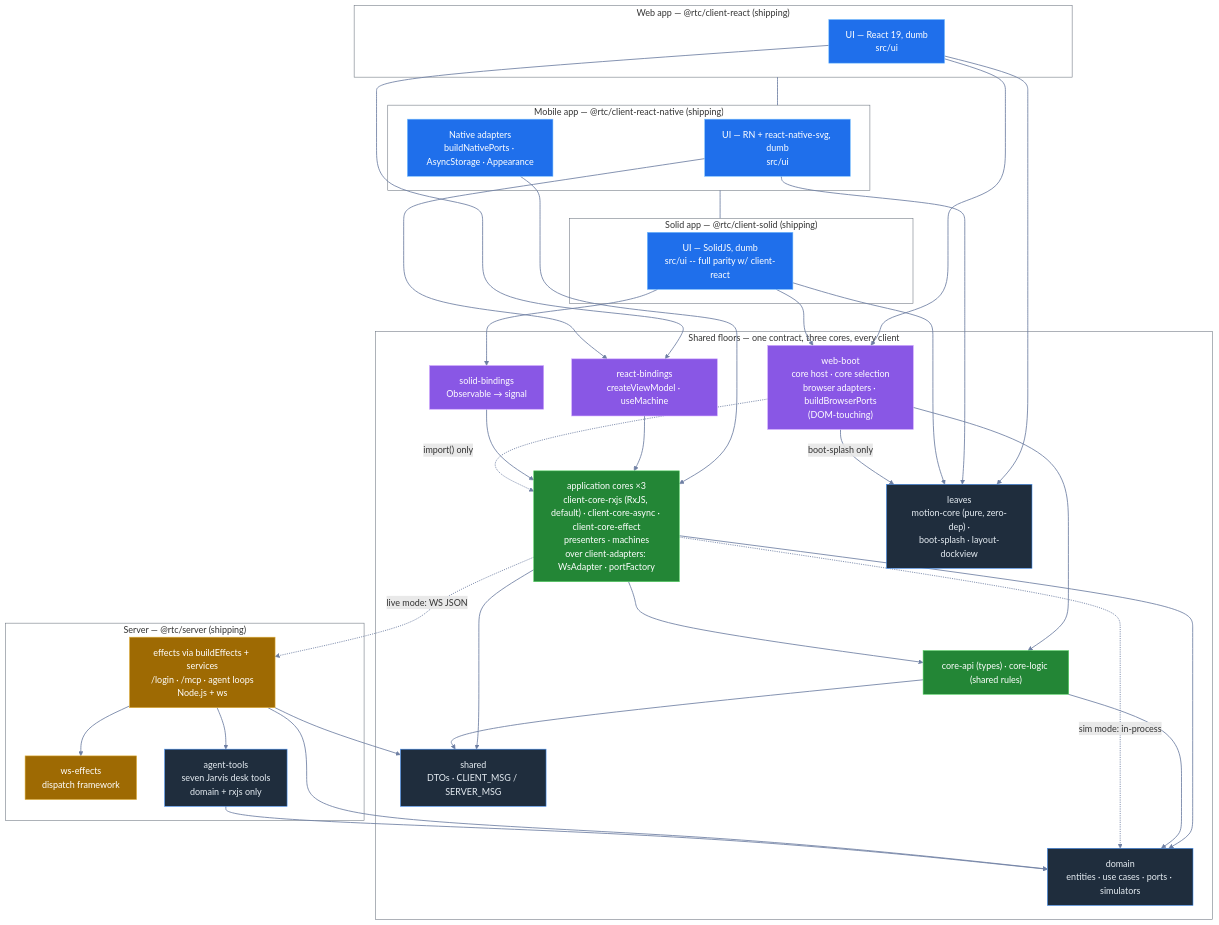
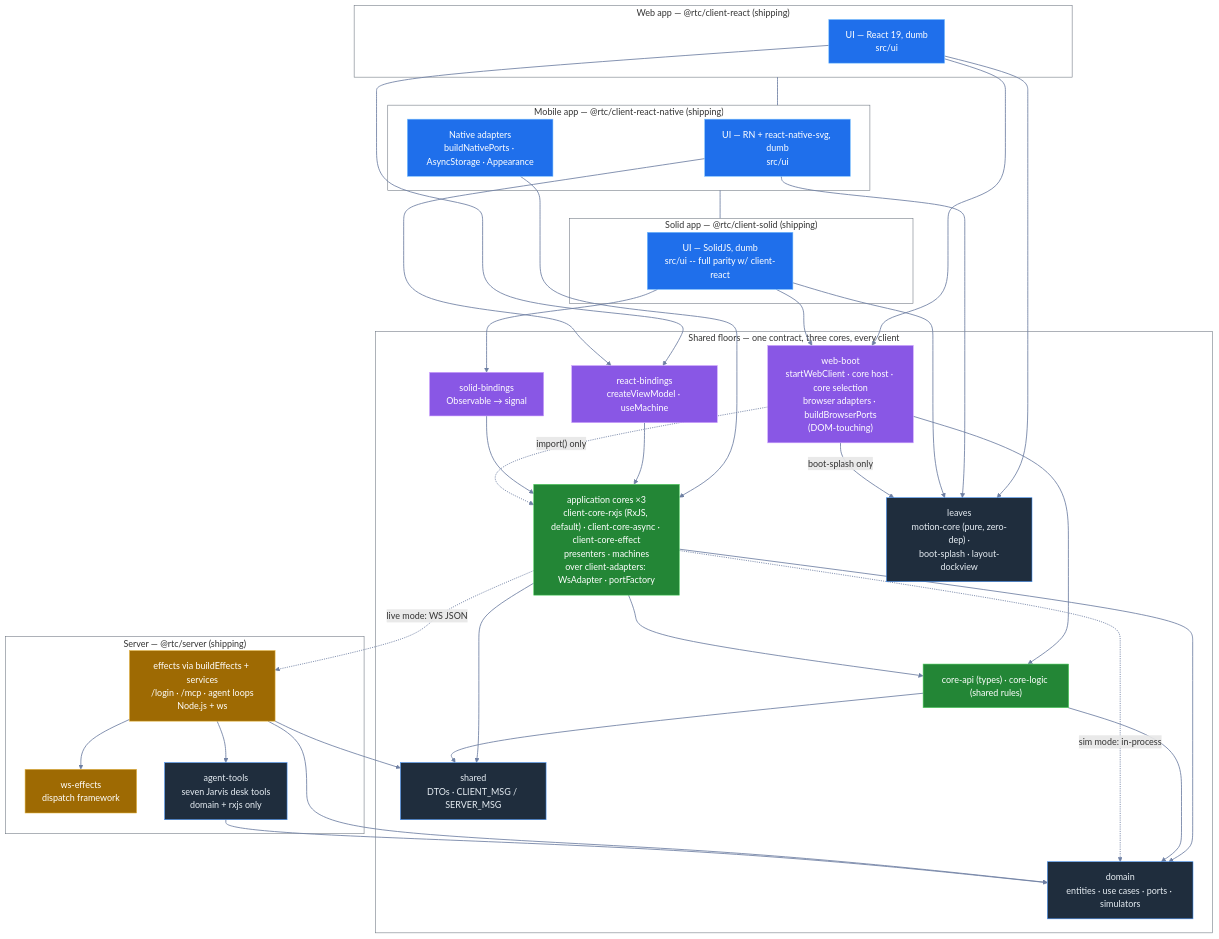
Before and after one commit to bettersoftware-io/ReactiveTraderCloudClone: the diagram in docs/architecture/13-codebase-map.md, drawn with Mermaid. The commit also changed other lines of this file and 39 other files, not shown here.

First line of the commit message:
test: one test for both clients' deployed files; docs: startWebClient closes the web-boot workstream

````diff
--- a/docs/architecture/13-codebase-map.md
+++ b/docs/architecture/13-codebase-map.md
@@ -11,75 +11,75 @@
 ```mermaid
 flowchart TB
     subgraph WebApp["Web app — @rtc/client-react (shipping)"]
         webUi["UI — React 19, dumb<br/>src/ui"]:::ui
     end
 
     subgraph MobileApp["Mobile app — @rtc/client-react-native (shipping)"]
         rnUi["UI — RN + react-native-svg, dumb<br/>src/ui"]:::ui
         rnAdapt["Native adapters<br/>buildNativePorts · AsyncStorage · Appearance"]:::ui
     end
 
     subgraph SolidApp["Solid app — @rtc/client-solid (shipping)"]
         solidUi["UI — SolidJS, dumb<br/>src/ui -- full parity w/ client-react"]:::ui
     end
 
     subgraph SharedFloors["Shared floors — one contract, three cores, every client"]
         rb["react-bindings<br/>createViewModel · useMachine"]:::bridge
         sb["solid-bindings<br/>Observable → signal"]:::bridge
-        wb["web-boot<br/>core host · core selection<br/>browser adapters · buildBrowserPorts<br/>(DOM-touching)"]:::bridge
+        wb["web-boot<br/>startWebClient · core host · core selection<br/>browser adapters · buildBrowserPorts<br/>(DOM-touching)"]:::bridge
         core["application cores ×3<br/>client-core-rxjs (RxJS, default) · client-core-async · client-core-effect<br/>presenters · machines<br/>over client-adapters: WsAdapter · portFactory"]:::core
         api["core-api (types) · core-logic (shared rules)"]:::core
         domain["domain<br/>entities · use cases · ports · simulators"]:::domain
         shared["shared<br/>DTOs · CLIENT_MSG / SERVER_MSG"]:::domain
         motion["leaves<br/>motion-core (pure, zero-dep) ·<br/>boot-splash · layout-dockview"]:::domain
     end
 
     subgraph Server["Server — @rtc/server (shipping)"]
         srv["effects via buildEffects + services<br/>/login · /mcp · agent loops<br/>Node.js + ws"]:::server
         wse["ws-effects<br/>dispatch framework"]:::server
         agt["agent-tools<br/>seven Jarvis desk tools<br/>domain + rxjs only"]:::domain
     end
 
     webUi --> rb
     webUi --> motion
     webUi --> wb
     rnUi --> rb
     rnUi --> motion
     rnAdapt --> core
     solidUi --> sb
     solidUi --> motion
     solidUi --> wb
     rb --> core
     sb --> core
     wb -. "import() only" .-> core
     wb --> api
     wb -- "boot-splash only" --> motion
     core --> api
     core --> domain
     core --> shared
     api --> domain
     api --> shared
     core -. "live mode: WS JSON" .-> srv
     core -. "sim mode: in-process" .-> domain
     srv --> wse
     srv --> agt
     srv --> domain
     srv --> shared
     agt --> domain
 
     %% stack the three app buildings vertically (edge-less subgraphs would tile side by side)
     WebApp ~~~ MobileApp
     MobileApp ~~~ SolidApp
 
     classDef ui fill:#1f6feb,stroke:#79c0ff,color:#ffffff
     classDef bridge fill:#8957e5,stroke:#d2a8ff,color:#ffffff
     classDef core fill:#238636,stroke:#56d364,color:#ffffff
     classDef server fill:#9e6a03,stroke:#e3b341,color:#ffffff
     classDef domain fill:#1f2d3d,stroke:#4493f8,color:#e6edf3
     style WebApp fill:transparent,stroke:#6e7681
     style MobileApp fill:transparent,stroke:#6e7681
     style SolidApp fill:transparent,stroke:#6e7681
     style SharedFloors fill:transparent,stroke:#6e7681
     style Server fill:transparent,stroke:#6e7681
     linkStyle default stroke:#6e7fa3,stroke-width:1.5px
 ```
````
